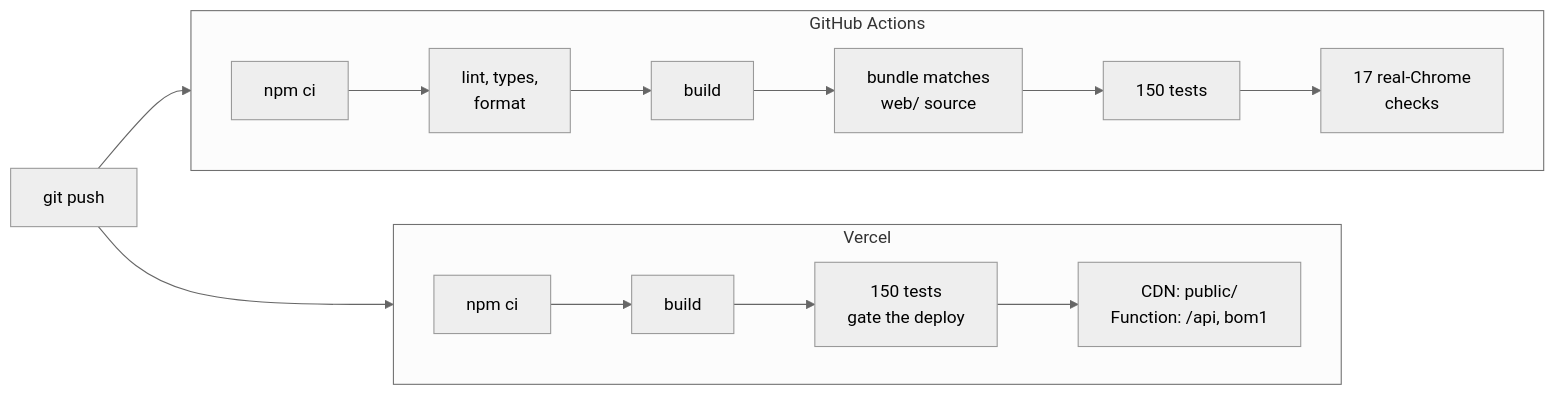
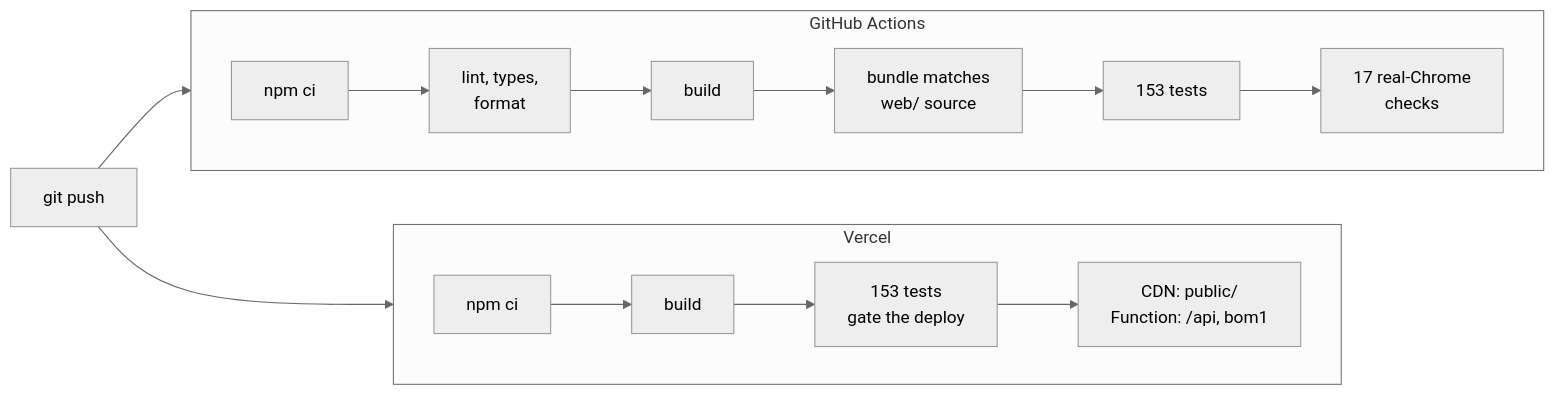
The second of 2 diagrams in README.md (sahil-mangla/ClearBreath), drawn with Mermaid (neutral theme) before and after one commit. The commit also changed other lines of this file and 18 other files, not shown here.

````diff
--- a/README.md
+++ b/README.md
@@ -131,13 +131,13 @@
 ```mermaid
 flowchart LR
   P[git push] --> CI
   P --> CD
   subgraph CI [GitHub Actions]
     direction LR
-    c1[npm ci] --> c1b[lint, types,<br/>format] --> c2[build] --> c3[bundle matches<br/>web/ source] --> c4[150 tests] --> c5[17 real-Chrome<br/>checks]
+    c1[npm ci] --> c1b[lint, types,<br/>format] --> c2[build] --> c3[bundle matches<br/>web/ source] --> c4[153 tests] --> c5[17 real-Chrome<br/>checks]
   end
   subgraph CD [Vercel]
     direction LR
-    d1[npm ci] --> d2[build] --> d3[150 tests<br/>gate the deploy] --> d4[CDN: public/<br/>Function: /api, bom1]
+    d1[npm ci] --> d2[build] --> d3[153 tests<br/>gate the deploy] --> d4[CDN: public/<br/>Function: /api, bom1]
   end
 ```
````
